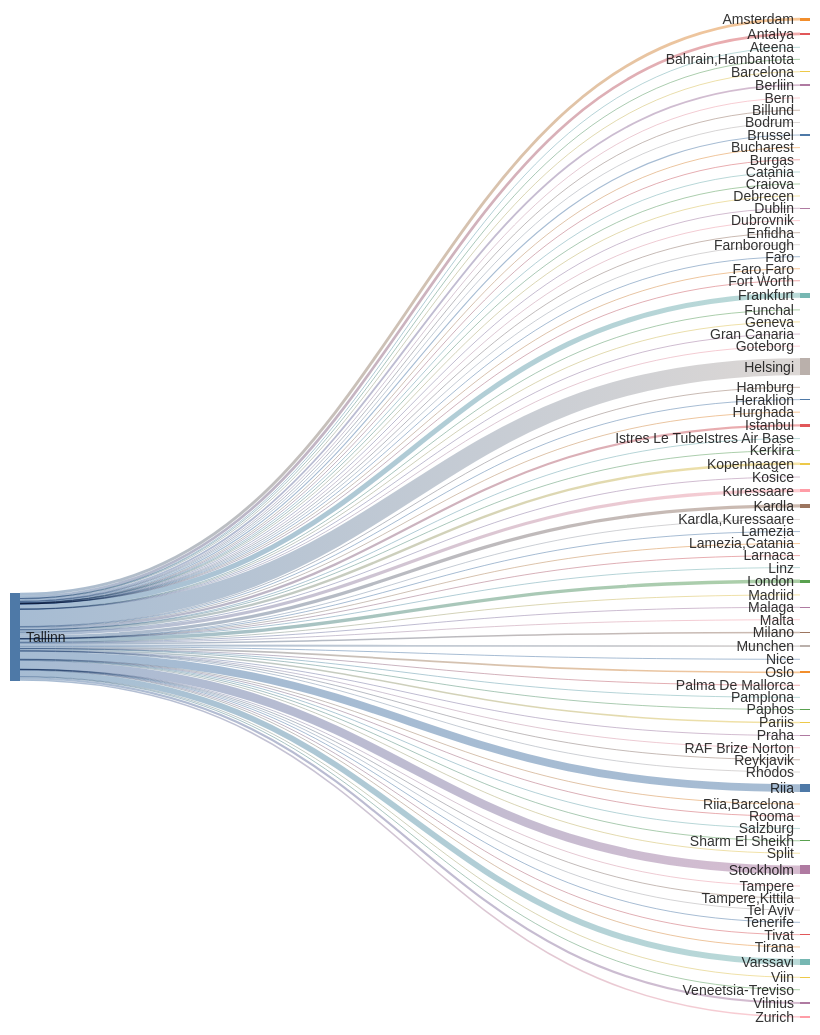
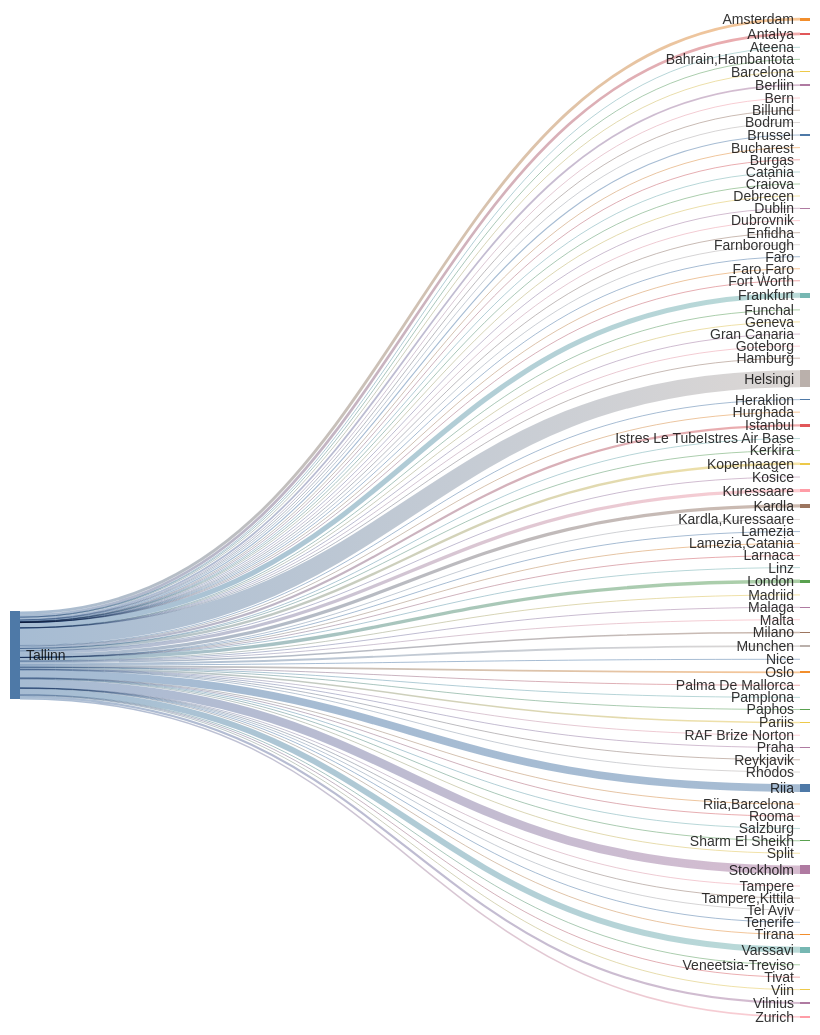
Before and after one commit to rainermesi/tll-airport-departures: the second of 2 diagrams in README.md, drawn with Mermaid. The commit also changed other lines of this file and 1 other file, not shown here.

````diff
--- a/README.md
+++ b/README.md
@@ -41,16 +41,16 @@
 ---
 sankey-beta
 %% source,target,value
-Tallinn,Amsterdam,561
-Tallinn,Antalya,521
+Tallinn,Amsterdam,563
+Tallinn,Antalya,524
 Tallinn,Ateena,16
 Tallinn,"Bahrain,Hambantota",1
 Tallinn,Barcelona,157
-Tallinn,Berliin,350
+Tallinn,Berliin,352
 Tallinn,Bern,1
 Tallinn,Billund,87
 Tallinn,Bodrum,13
-Tallinn,Brussel,216
+Tallinn,Brussel,217
 Tallinn,Bucharest,1
 Tallinn,Burgas,67
 Tallinn,Catania,2
@@ -58,66 +58,66 @@
 Tallinn,Debrecen,1
 Tallinn,Dublin,106
 Tallinn,Dubrovnik,21
-Tallinn,Enfidha,14
+Tallinn,Enfidha,15
 Tallinn,Farnborough,1
 Tallinn,Faro,4
 Tallinn,"Faro,Faro",1
 Tallinn,Fort Worth,1
-Tallinn,Frankfurt,987
+Tallinn,Frankfurt,990
 Tallinn,Funchal,7
 Tallinn,Geneva,13
 Tallinn,Gran Canaria,38
 Tallinn,Goteborg,2
 Tallinn,Hamburg,2
-Tallinn,Helsingi,3312
+Tallinn,Helsingi,3321
 Tallinn,Heraklion,127
 Tallinn,Hurghada,76
-Tallinn,Istanbul,430
+Tallinn,Istanbul,431
 Tallinn,Istres Le TubeIstres Air Base,2
 Tallinn,Kerkira,4
-Tallinn,Kopenhaagen,466
+Tallinn,Kopenhaagen,469
 Tallinn,Kosice,1
-Tallinn,Kuressaare,628
-Tallinn,Kardla,630
+Tallinn,Kuressaare,630
+Tallinn,Kardla,632
 Tallinn,"Kardla,Kuressaare",1
 Tallinn,Lamezia,4
 Tallinn,"Lamezia,Catania",3
-Tallinn,Larnaca,6
+Tallinn,Larnaca,7
 Tallinn,Linz,2
-Tallinn,London,641
+Tallinn,London,643
 Tallinn,Madriid,4
 Tallinn,Malaga,136
 Tallinn,Malta,34
 Tallinn,Milano,283
-Tallinn,Munchen,351
+Tallinn,Munchen,353
 Tallinn,Nice,63
-Tallinn,Oslo,333
+Tallinn,Oslo,334
 Tallinn,Palma De Mallorca,38
 Tallinn,Pamplona,1
 Tallinn,Paphos,66
-Tallinn,Pariis,295
-Tallinn,Praha,97
+Tallinn,Pariis,297
+Tallinn,Praha,98
 Tallinn,RAF Brize Norton,1
 Tallinn,Reykjavik,20
-Tallinn,Rhodos,70
-Tallinn,Riia,1503
+Tallinn,Rhodos,71
+Tallinn,Riia,1507
 Tallinn,"Riia,Barcelona",1
 Tallinn,Rooma,80
 Tallinn,Salzburg,14
-Tallinn,Sharm El Sheikh,114
-Tallinn,Split,63
-Tallinn,Stockholm,1656
+Tallinn,Sharm El Sheikh,115
+Tallinn,Split,64
+Tallinn,Stockholm,1661
 Tallinn,Tampere,17
 Tallinn,"Tampere,Kittila",21
 Tallinn,Tel Aviv,2
 Tallinn,Tenerife,58
 Tallinn,Tirana,42
 Tallinn,Tivat,78
-Tallinn,Varssavi,1147
+Tallinn,Varssavi,1151
 Tallinn,Veneetsia-Treviso,67
 Tallinn,Viin,106
-Tallinn,Vilnius,420
-Tallinn,Zurich,297
+Tallinn,Vilnius,421
+Tallinn,Zurich,298
 
 
 ```
````
